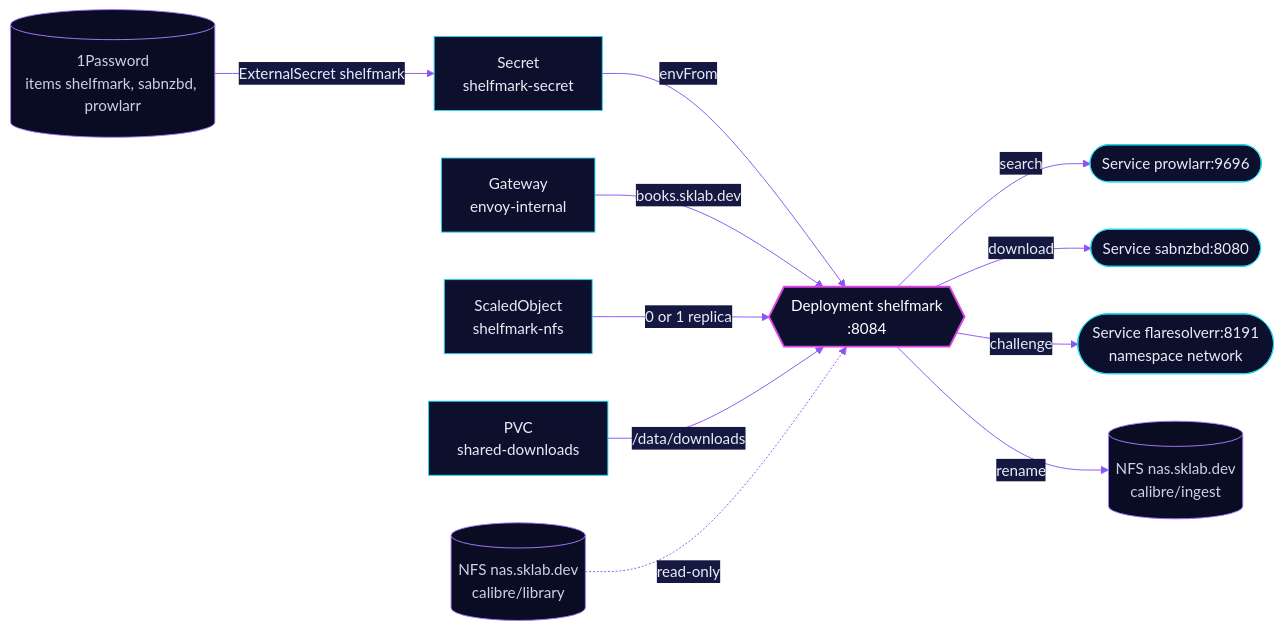
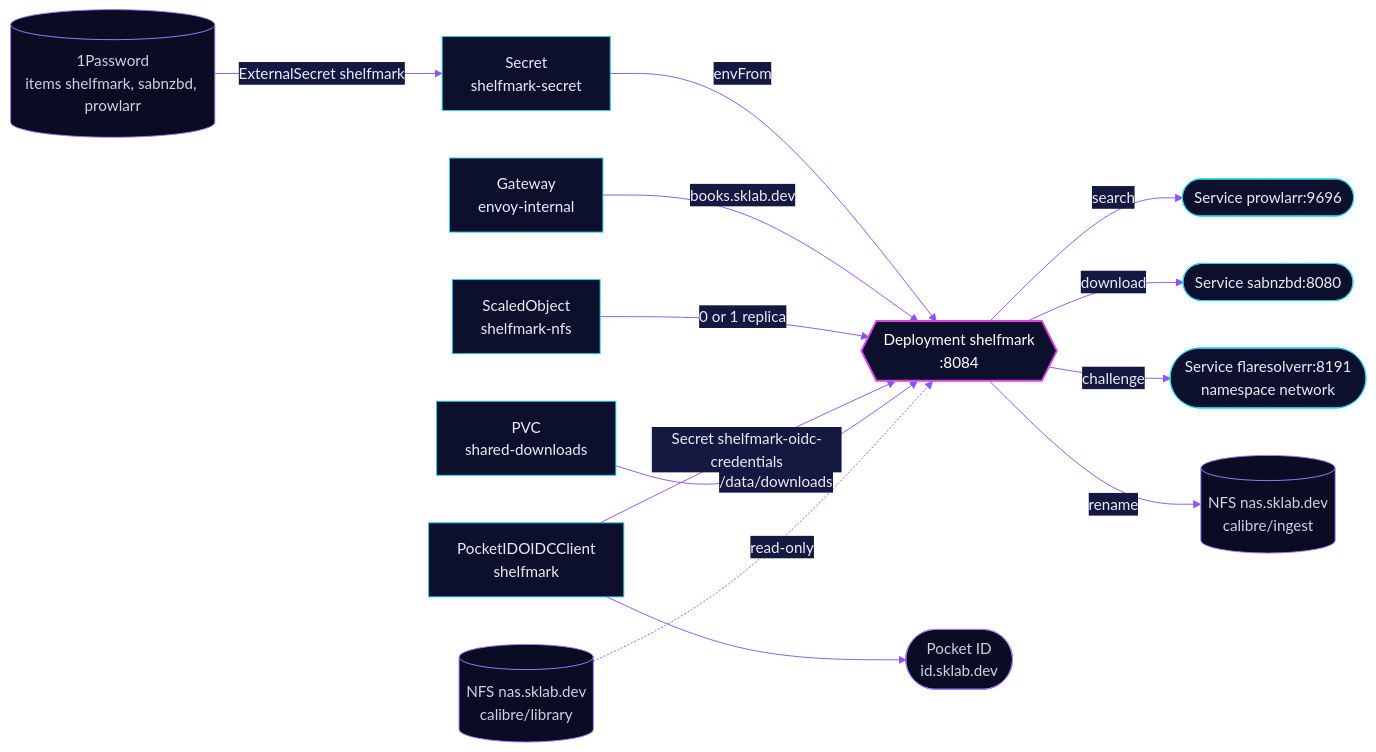
The diagram in kubernetes/apps/base/downloads/shelfmark/README.md (skrumbach/home-ops), drawn with Mermaid before and after one commit. The commit also changed other lines of this file and 33 other files, not shown here.

````diff
--- a/kubernetes/apps/base/downloads/shelfmark/README.md
+++ b/kubernetes/apps/base/downloads/shelfmark/README.md
@@ -37,18 +40,20 @@
 ```mermaid
 %%{init: {'theme':'base','themeVariables':{'primaryColor':'#0D102C','primaryTextColor':'#E9ECF7','primaryBorderColor':'#22D8F0','lineColor':'#8B55F5','secondaryColor':'#151941','tertiaryColor':'#090C22','edgeLabelBackground':'#151941'}}}%%
 flowchart LR
   op[("1Password<br/>items shelfmark, sabnzbd, prowlarr")] -->|ExternalSecret shelfmark| sec["Secret<br/>shelfmark-secret"]
   sec -->|envFrom| sm{{"Deployment shelfmark<br/>:8084"}}
   gw["Gateway<br/>envoy-internal"] -->|books.sklab.dev| sm
   so["ScaledObject<br/>shelfmark-nfs"] -->|"0 or 1 replica"| sm
+  cl["PocketIDOIDCClient<br/>shelfmark"] -->|"Secret shelfmark-oidc-credentials"| sm
+  cl --> pid(["Pocket ID<br/>id.sklab.dev"])
   sm -->|search| pr(["Service prowlarr:9696"])
   sm -->|download| sab(["Service sabnzbd:8080"])
   sm -->|challenge| fs(["Service flaresolverr:8191<br/>namespace network"])
   pvc["PVC<br/>shared-downloads"] -->|/data/downloads| sm
   sm -->|rename| ing[("NFS nas.sklab.dev<br/>calibre/ingest")]
   lib[("NFS nas.sklab.dev<br/>calibre/library")] -.->|read-only| sm
   classDef accent fill:#0D102C,stroke:#D946E6,stroke-width:2px,color:#FFFFFF
   classDef ext fill:#090C22,stroke:#A57BFF,color:#CDD2E6
   class sm accent
-  class op,ing,lib ext
+  class op,ing,lib,pid ext
 ```
````
